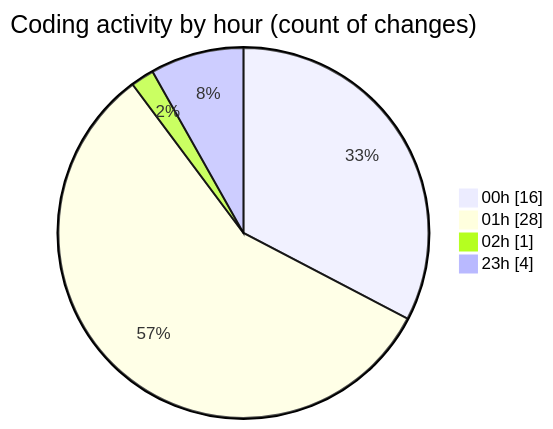
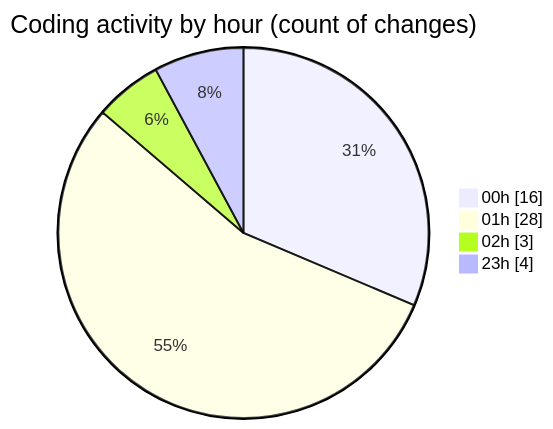
Before and after one commit to julien-gomy/code-tracking: the second of 2 diagrams in 2025-11-23/eventscop-frontend-guide__workspace_/README.md, drawn with Mermaid. The commit also changed other lines of this file and 1 other file, not shown here.

````diff
--- a/2025-11-23/eventscop-frontend-guide__workspace_/README.md
+++ b/2025-11-23/eventscop-frontend-guide__workspace_/README.md
@@ -50,8 +51,8 @@
 ```mermaid
 pie showData
 title Coding activity by hour (count of changes)
 "00h" : 16
 "01h" : 28
-"02h" : 1
+"02h" : 3
 "23h" : 4
 ```
````
